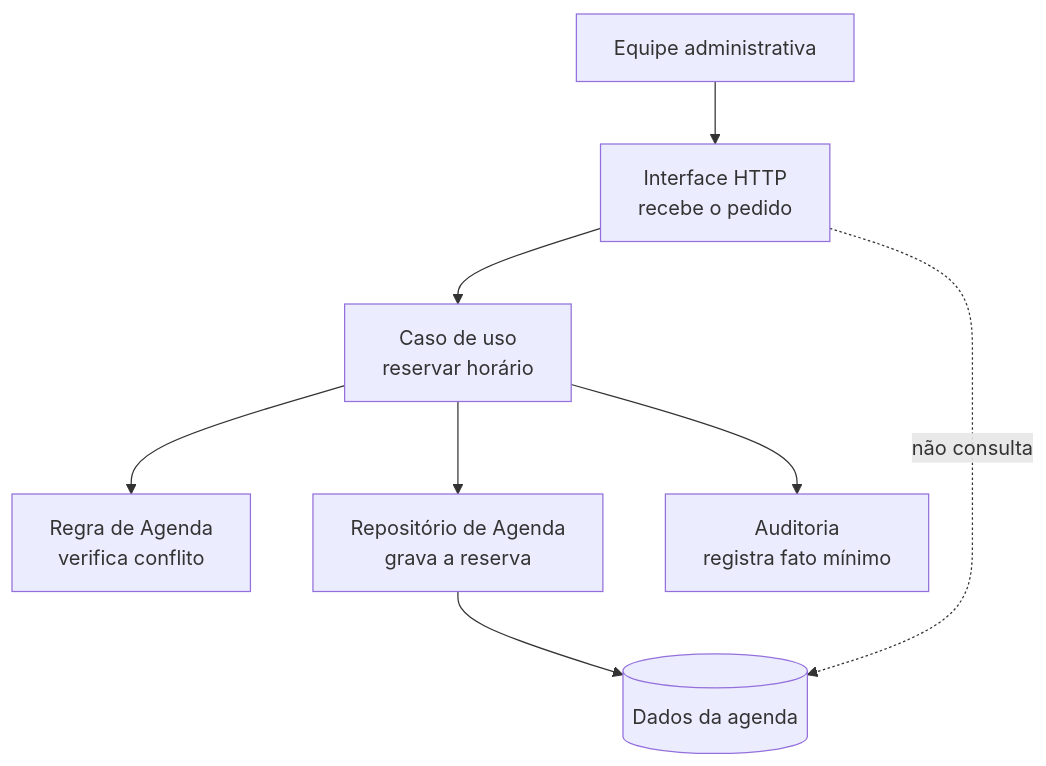
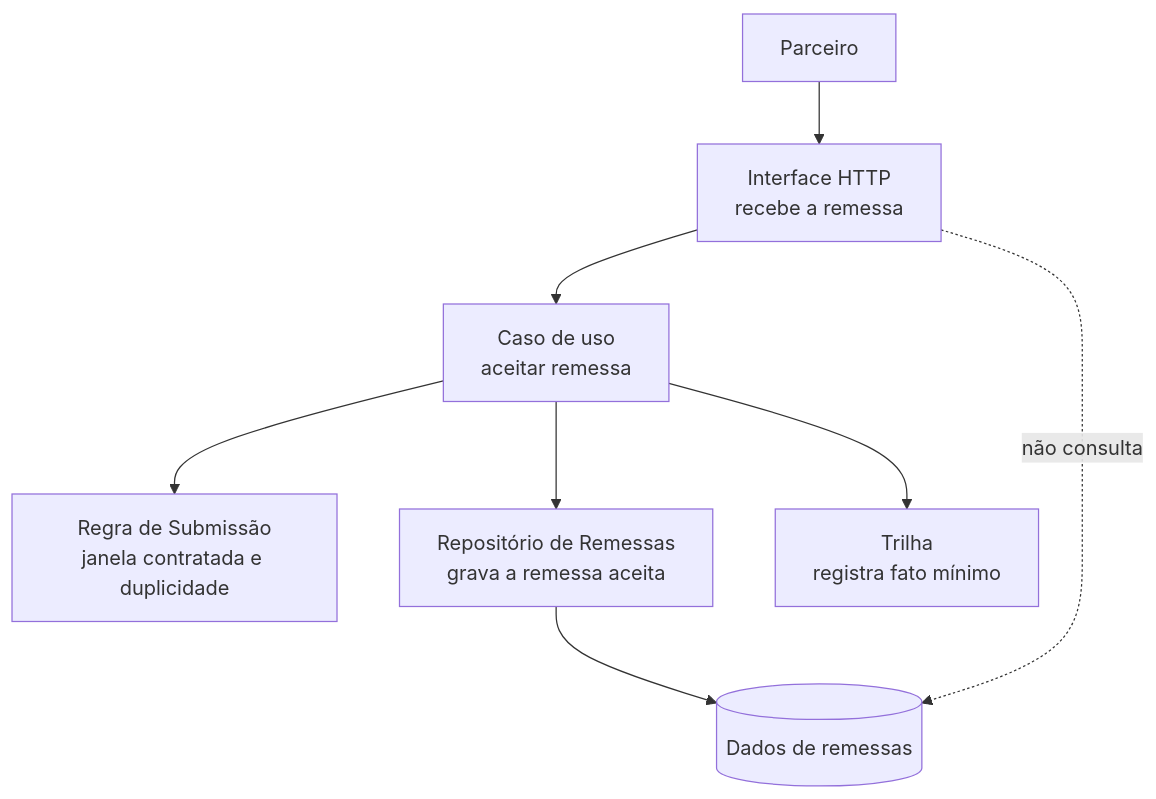
One commit to marco-mendes/arquitetura-software changed the first of 4 diagrams in docs/modulo-1-visao-geral/exemplo-arquitetural.md. Above: the diagram before and after it, drawn with Mermaid. The commit also changed other lines of this file and 2 other files, not shown here.

````diff
--- a/docs/modulo-1-visao-geral/exemplo-arquitetural.md
+++ b/docs/modulo-1-visao-geral/exemplo-arquitetural.md
@@ -50,10 +52,10 @@
 ```mermaid
 flowchart TB
-    C["Equipe administrativa"] --> H["Interface HTTP\nrecebe o pedido"]
-    H --> U["Caso de uso\nreservar horário"]
-    U --> R["Regra de Agenda\nverifica conflito"]
-    U --> P["Repositório de Agenda\ngrava a reserva"]
-    P --> D[("Dados da agenda")]
+    C["Parceiro"] --> H["Interface HTTP\nrecebe a remessa"]
+    H --> U["Caso de uso\naceitar remessa"]
+    U --> R["Regra de Submissão\njanela contratada e duplicidade"]
+    U --> P["Repositório de Remessas\ngrava a remessa aceita"]
+    P --> D[("Dados de remessas")]
     H -. "não consulta" .-> D
-    U --> A["Auditoria\nregistra fato mínimo"]
+    U --> A["Trilha\nregistra fato mínimo"]
 ```
````
